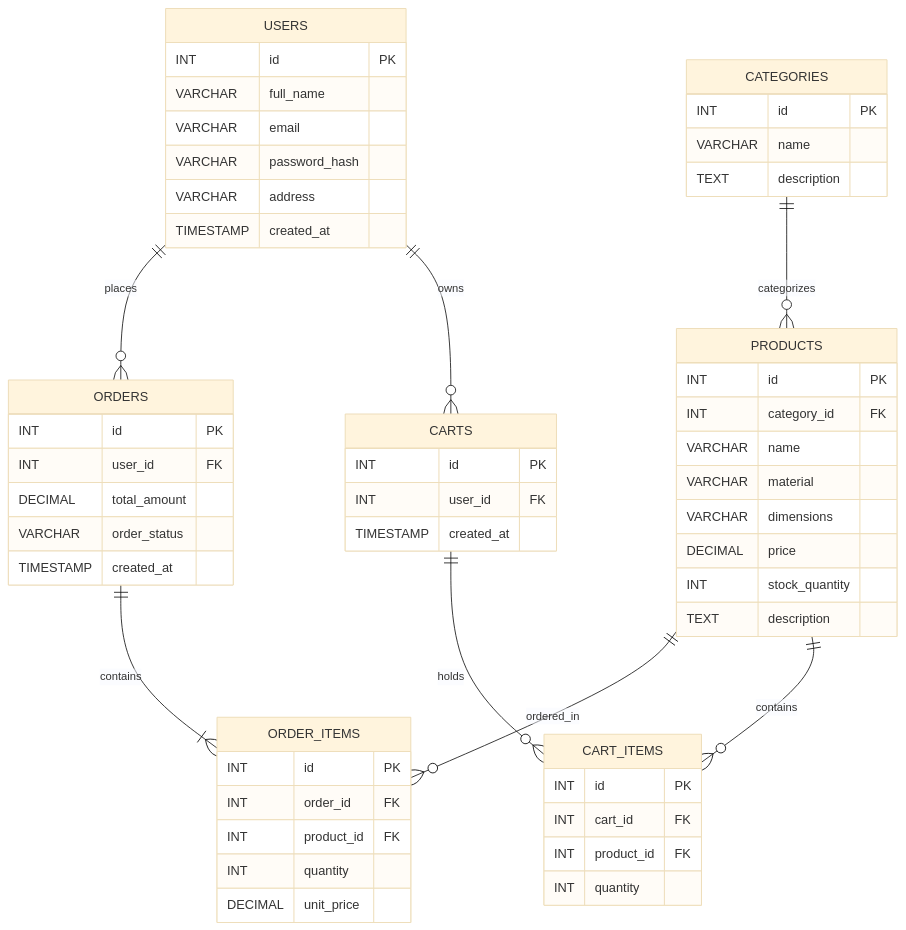
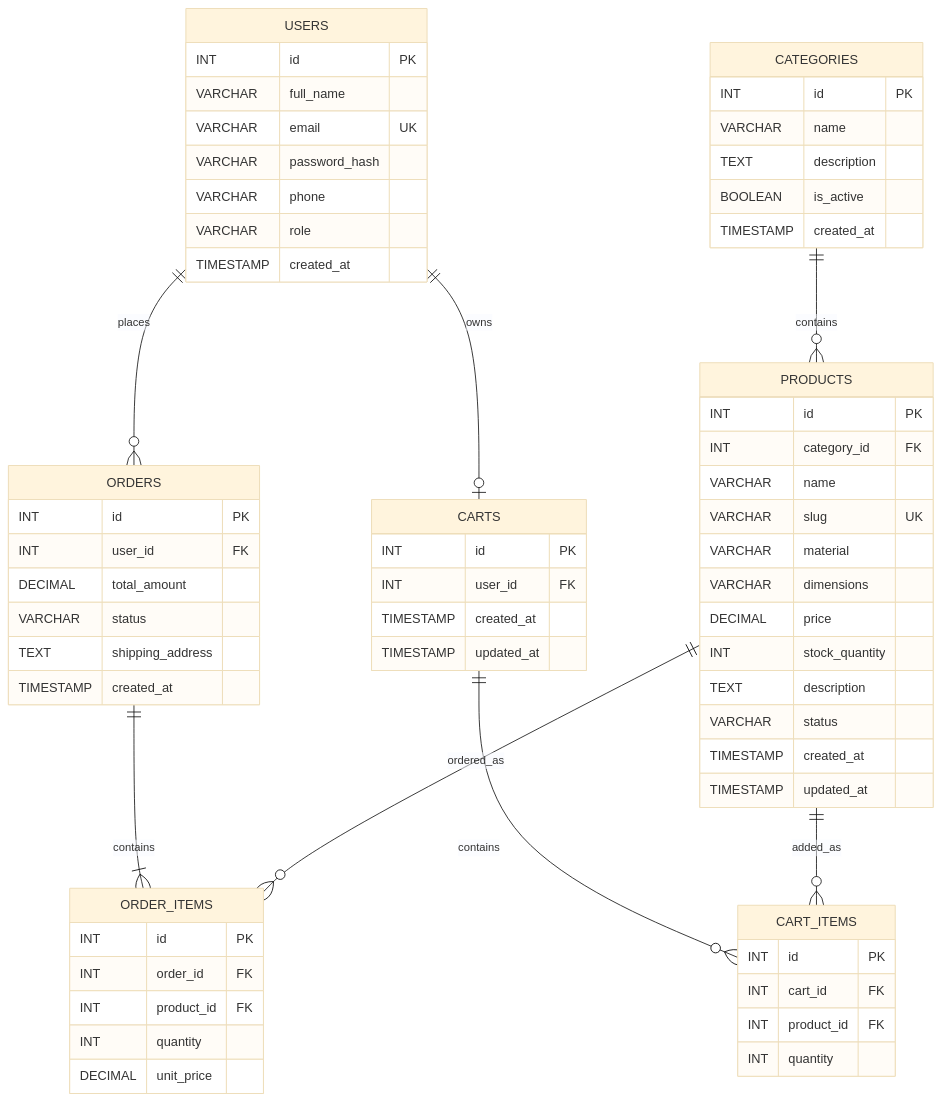
Before and after one commit to KheerajDas/e-commerce-2K23-CSM-60: the diagram in docs/SPRINT_1.md, drawn with Mermaid (base theme). The commit also changed other lines of this file, not shown here.

````diff
--- a/docs/SPRINT_1.md
+++ b/docs/SPRINT_1.md
@@ -40,65 +121,74 @@
 ```mermaid
 erDiagram
     USERS ||--o{ ORDERS : places
-    USERS ||--o{ CARTS : owns
-    CATEGORIES ||--o{ PRODUCTS : categorizes
-    PRODUCTS ||--o{ ORDER_ITEMS : ordered_in
-    PRODUCTS ||--o{ CART_ITEMS : contains
+    USERS ||--o| CARTS : owns
+    CATEGORIES ||--o{ PRODUCTS : contains
+    CARTS ||--o{ CART_ITEMS : contains
+    PRODUCTS ||--o{ CART_ITEMS : added_as
     ORDERS ||--|{ ORDER_ITEMS : contains
-    CARTS ||--o{ CART_ITEMS : holds
+    PRODUCTS ||--o{ ORDER_ITEMS : ordered_as
 
     USERS {
         INT id PK
         VARCHAR full_name
-        VARCHAR email
+        VARCHAR email UK
         VARCHAR password_hash
-        VARCHAR address
+        VARCHAR phone
+        VARCHAR role
         TIMESTAMP created_at
     }
 
     CATEGORIES {
         INT id PK
         VARCHAR name
         TEXT description
+        BOOLEAN is_active
+        TIMESTAMP created_at
     }
 
     PRODUCTS {
         INT id PK
         INT category_id FK
         VARCHAR name
+        VARCHAR slug UK
         VARCHAR material
         VARCHAR dimensions
         DECIMAL price
         INT stock_quantity
         TEXT description
+        VARCHAR status
+        TIMESTAMP created_at
+        TIMESTAMP updated_at
     }
 
     CARTS {
         INT id PK
         INT user_id FK
         TIMESTAMP created_at
+        TIMESTAMP updated_at
     }
 
     CART_ITEMS {
         INT id PK
         INT cart_id FK
         INT product_id FK
         INT quantity
     }
 
     ORDERS {
         INT id PK
         INT user_id FK
         DECIMAL total_amount
-        VARCHAR order_status
+        VARCHAR status
+        TEXT shipping_address
         TIMESTAMP created_at
     }
 
     ORDER_ITEMS {
         INT id PK
         INT order_id FK
         INT product_id FK
         INT quantity
         DECIMAL unit_price
     }
 ```
````
